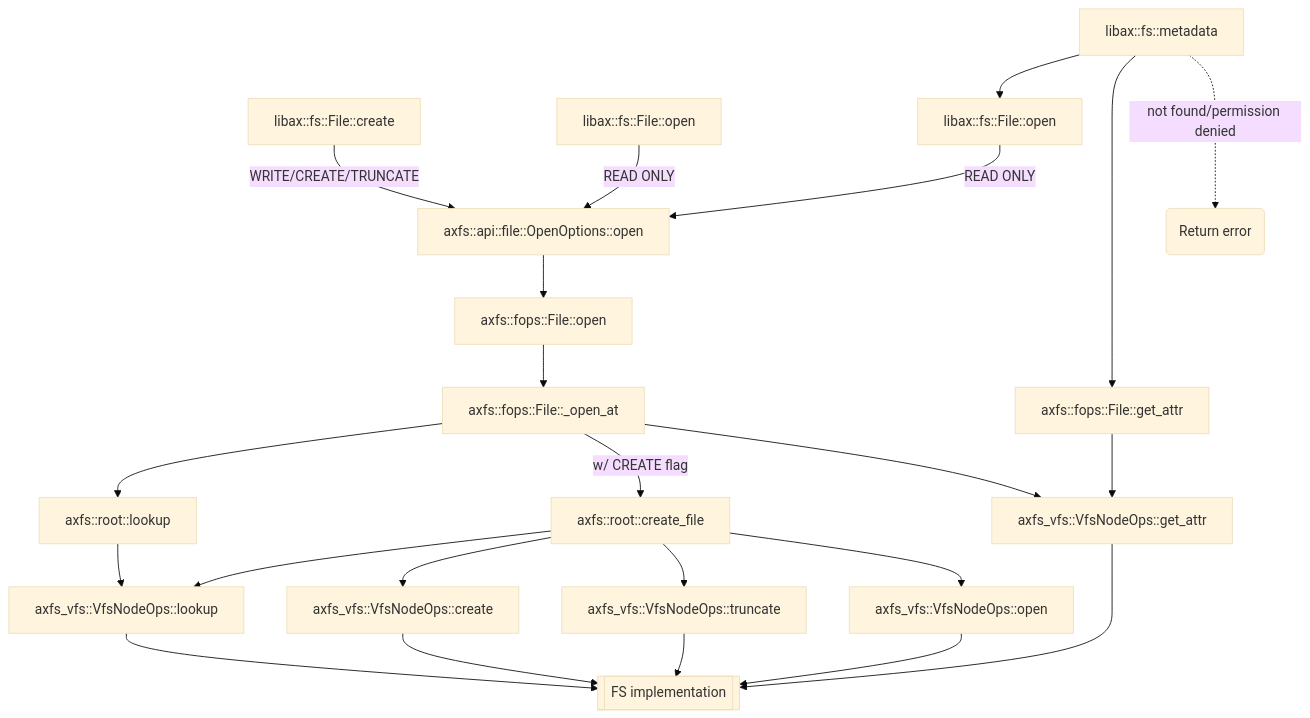
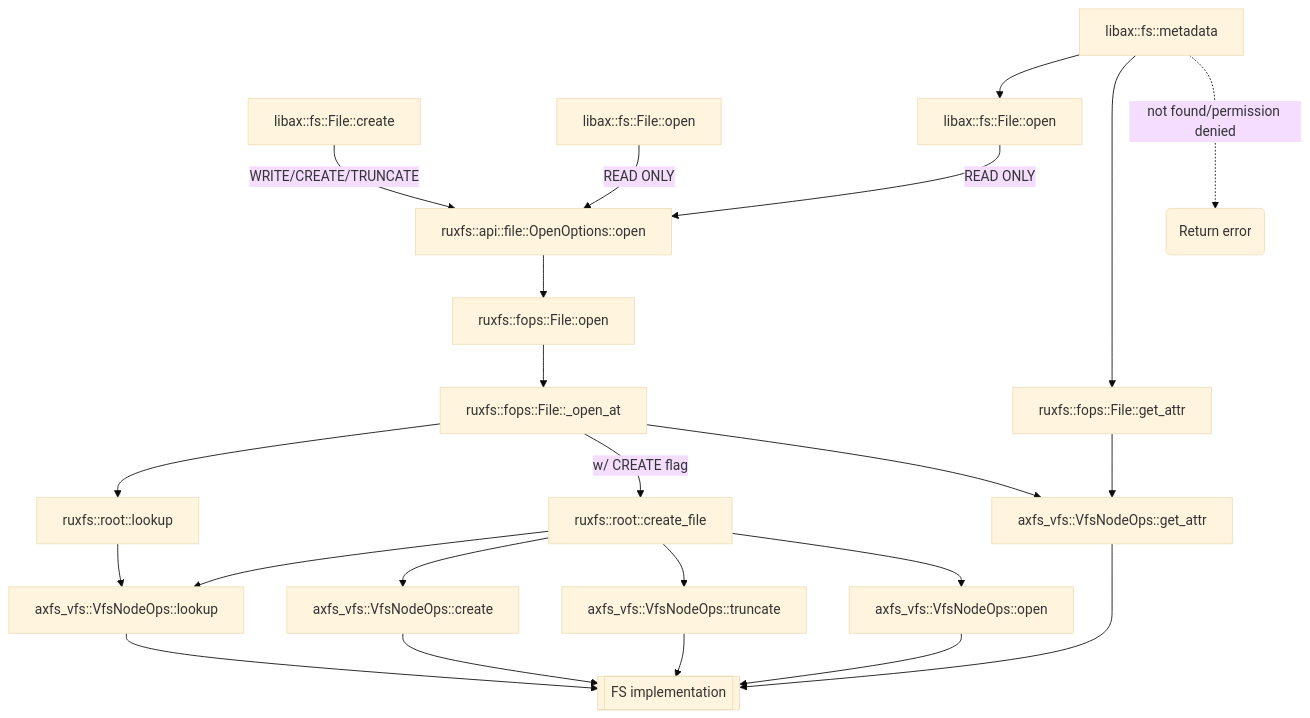
One commit to syswonder/ruxos changed the second of 8 diagrams in doc/apps_fs_shell.md. Above: the diagram before and after it, drawn with Mermaid (base theme). The commit also changed other lines of this file and 854 other files, not shown here.

````diff
--- a/doc/apps_fs_shell.md
+++ b/doc/apps_fs_shell.md
@@ -194,29 +194,29 @@
 ```mermaid
 graph TD
   lib_create[libax::fs::File::create] --> |WRITE/CREATE/TRUNCATE| open_opt
   lib_open[libax::fs::File::open] --> |READ ONLY| open_opt
   lib_meta[libax::fs::metadata] --> lib_open1[libax::fs::File::open] --> |READ ONLY| open_opt
-  lib_meta --> f_meta[axfs::fops::File::get_attr] --> vfs_getattr
+  lib_meta --> f_meta[ruxfs::fops::File::get_attr] --> vfs_getattr
   lib_meta -..-> |not found/permission denied| err(Return error)
-	open_opt["axfs::api::file::OpenOptions::open"] --> fops_open
+	open_opt["ruxfs::api::file::OpenOptions::open"] --> fops_open
 
-	fops_open["axfs::fops::File::open"] --> fops_openat
-	fops_openat["axfs::fops::File::_open_at"]
+	fops_open["ruxfs::fops::File::open"] --> fops_openat
+	fops_openat["ruxfs::fops::File::_open_at"]
 	fops_openat --> lookup
 	fops_openat --> |w/ CREATE flag| create_file
 	fops_openat --> vfs_getattr
 
-	lookup["axfs::root::lookup"] --> vfs_lookup
-	create_file["axfs::root::create_file"]
+	lookup["ruxfs::root::lookup"] --> vfs_lookup
+	create_file["ruxfs::root::create_file"]
 	create_file --> vfs_lookup
 	create_file --> vfs_create
 	create_file --> vfs_truncate
 	create_file --> vfs_open
 
 	vfs_lookup["axfs_vfs::VfsNodeOps::lookup"] --> fs_impl
 	vfs_create["axfs_vfs::VfsNodeOps::create"] --> fs_impl
 	vfs_getattr["axfs_vfs::VfsNodeOps::get_attr"] --> fs_impl
 	vfs_truncate[axfs_vfs::VfsNodeOps::truncate] --> fs_impl
 	vfs_open[axfs_vfs::VfsNodeOps::open] --> fs_impl
 	fs_impl[[FS implementation]]
 ```
````
